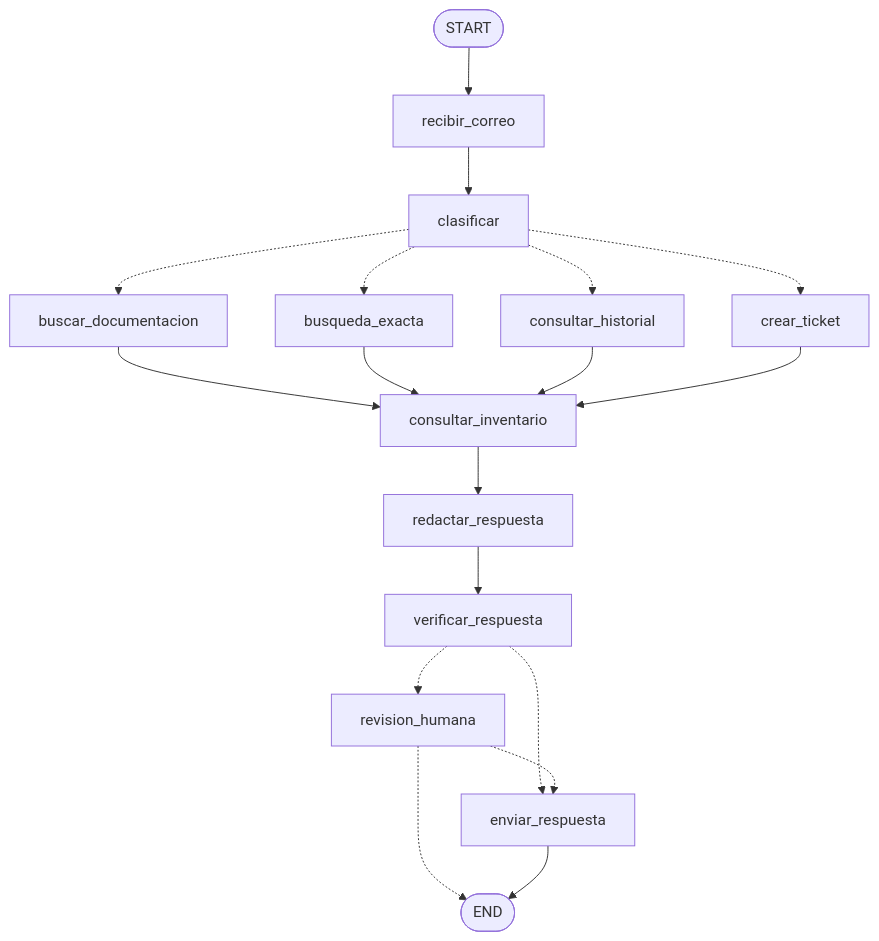
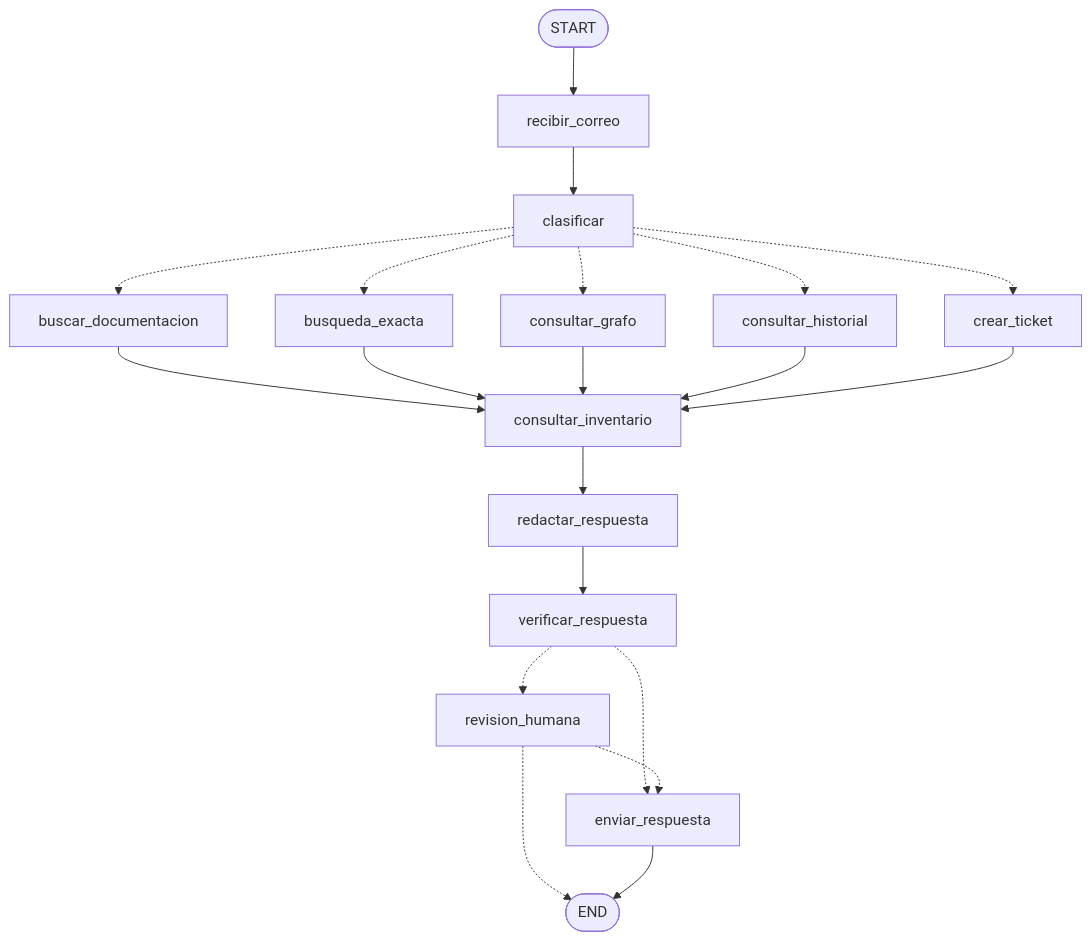
The diagram in README.md (Cresponchilas/agente-soporte-correo), drawn with Mermaid before and after one commit. The commit also changed other lines of this file and 18 other files, not shown here.

````diff
--- a/README.md
+++ b/README.md
@@ -121,19 +162,21 @@
 ```mermaid
 graph TD
     START([START]) --> recibir_correo --> clasificar
     clasificar -.-> buscar_documentacion
     clasificar -.-> busqueda_exacta
+    clasificar -.-> consultar_grafo
     clasificar -.-> consultar_historial
     clasificar -.-> crear_ticket
     buscar_documentacion --> consultar_inventario
     busqueda_exacta --> consultar_inventario
+    consultar_grafo --> consultar_inventario
     consultar_historial --> consultar_inventario
     crear_ticket --> consultar_inventario
     consultar_inventario --> redactar_respuesta
     redactar_respuesta --> verificar_respuesta
     verificar_respuesta -.-> revision_humana
     verificar_respuesta -.-> enviar_respuesta
     revision_humana -.-> enviar_respuesta
     revision_humana -.-> END([END])
     enviar_respuesta --> END
 ```
````
